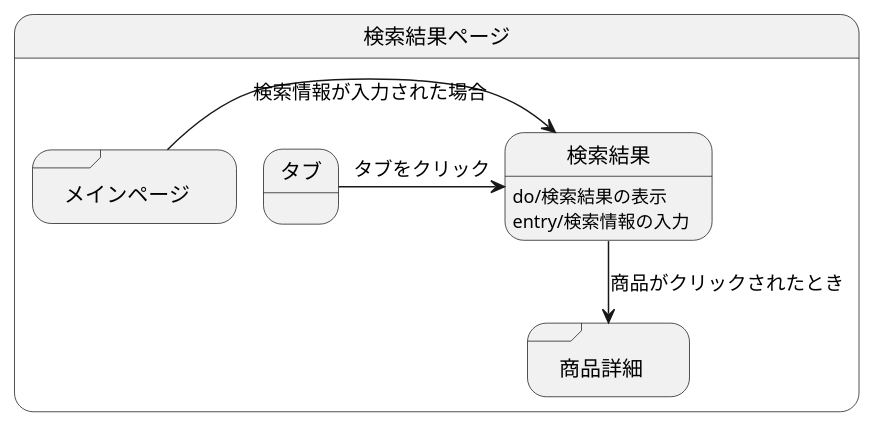
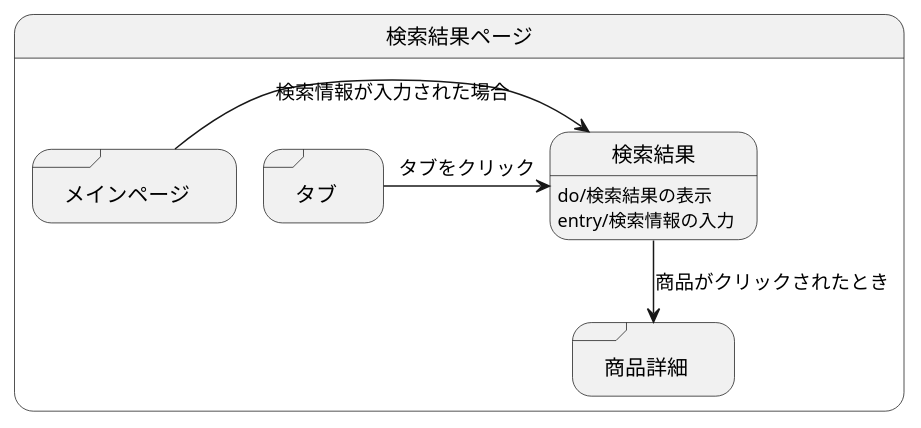
Before and after one commit to akutori/T-D-E: the diagram in 検索結果.md, drawn with PlantUML.

Commit message:
修正

````diff
--- a/検索結果.md
+++ b/検索結果.md
@@ -1,16 +1,16 @@
 ```uml
 @startuml
 state 検索結果ページ{
     state 検索結果:do/検索結果の表示
     state 検索結果:entry/検索情報の入力
     state "商品詳細" as goodsdetail <<sdlreceive>>
     state "メインページ" as mainpage <<sdlreceive>>
-    state "タブ" as tab <<adlreceive>>
+    state "タブ" as tab <<sdlreceive>>
     mainpage -> 検索結果 :検索情報が入力された場合
     検索結果 --> goodsdetail :商品がクリックされたとき
     tab -> 検索結果 :タブをクリック
 
 }
 
 @enduml
 ```
````
